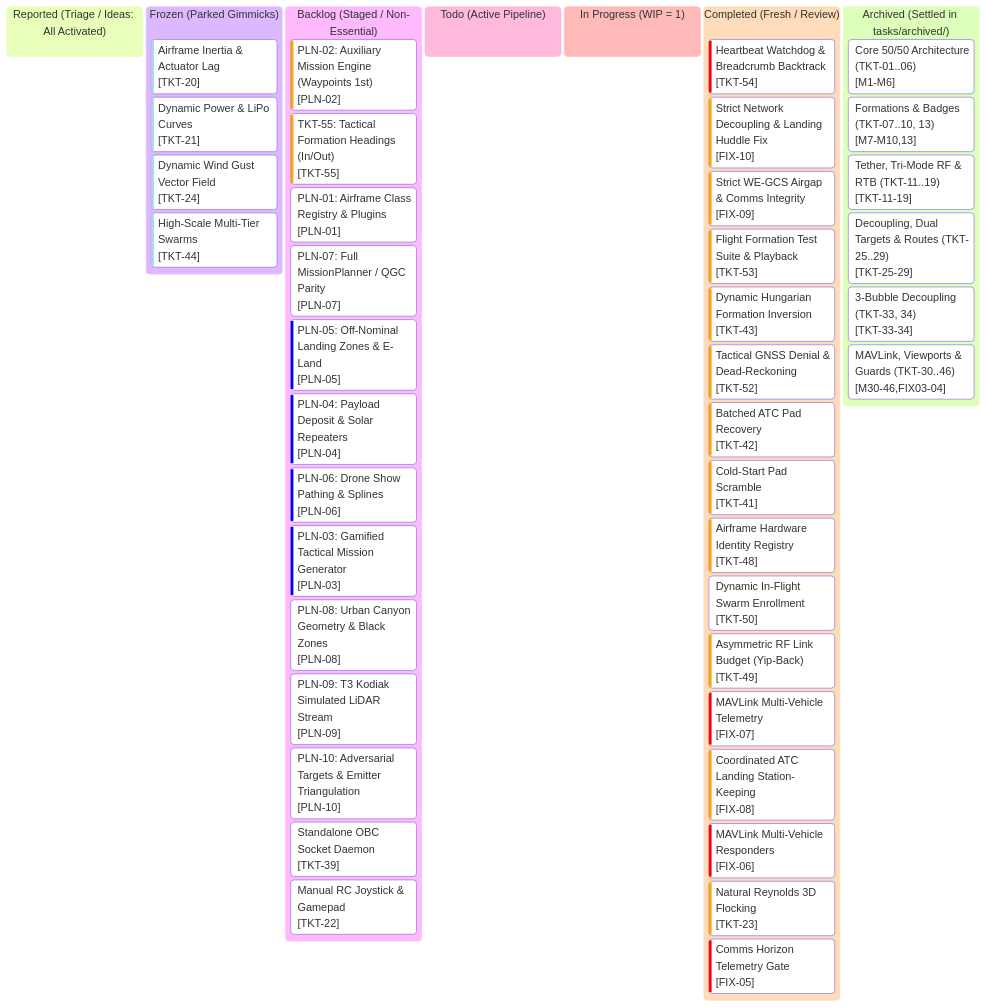
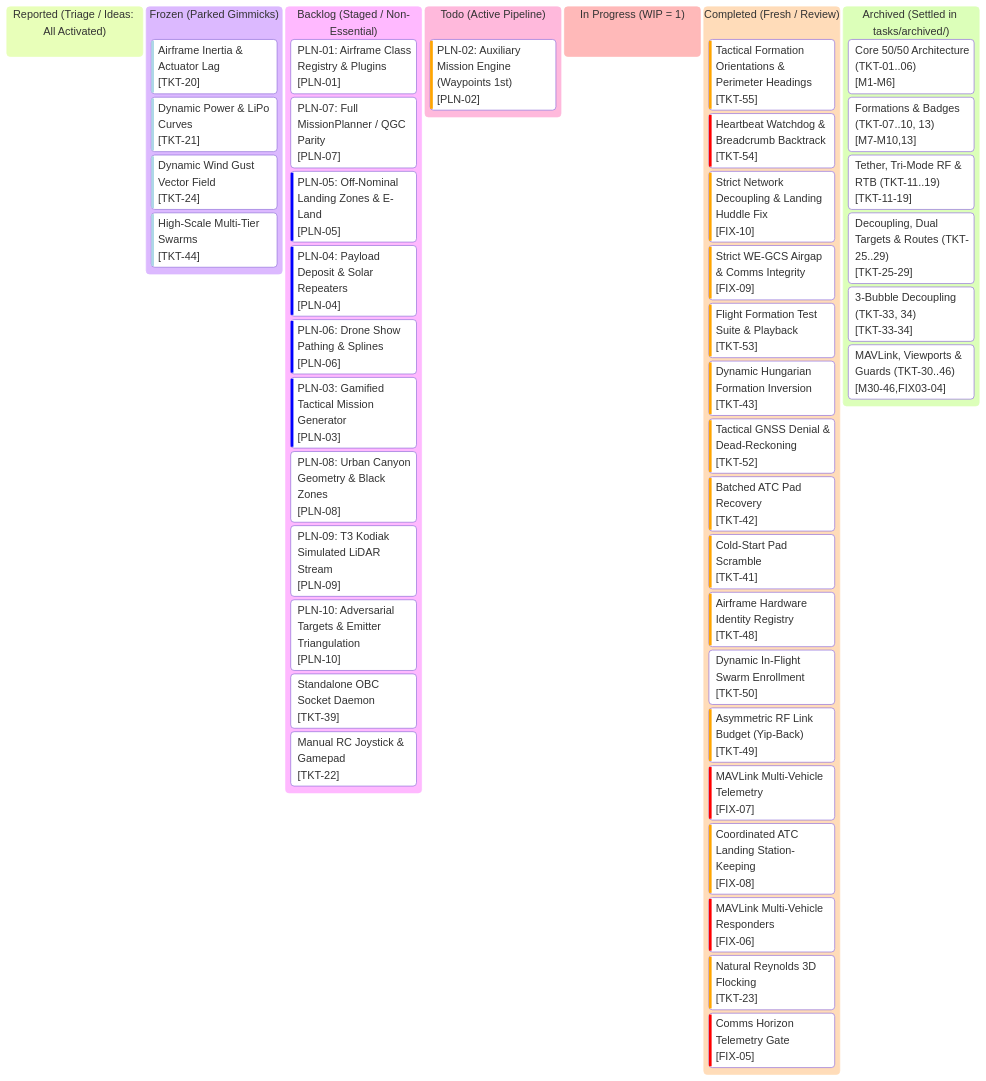
The diagram in kanban.md (AlitheiaDeus/AlitheiaHive), drawn with Mermaid before and after one commit. The commit also changed other lines of this file and 9 other files, not shown here.

First line of the commit message:
feat(tkt-55): implement tactical formation orientations, perimeter headings & yaw slew rate clamps

````diff
--- a/kanban.md
+++ b/kanban.md
@@ -10,70 +10,70 @@
 ```mermaid
 %%{init: {
   'theme': 'base',
   'themeVariables': {
     'primaryColor': '#0d2235',
     'primaryTextColor': '#d4f4ff',
     'primaryBorderColor': '#00f0ff',
     'lineColor': '#00f0ff',
     'background': '#061019',
     'mainBkg': '#0a1926',
     'secondaryColor': '#081420',
     'secondaryTextColor': '#5a7e96',
     'secondaryBorderColor': '#134e6f',
     'tertiaryColor': '#0e263d',
     'tertiaryTextColor': '#00ffaa',
     'tertiaryBorderColor': '#00ffaa',
     'clusterBkg': '#081420',
     'clusterBorder': '#134e6f',
     'fontFamily': "'JetBrains Mono', 'Courier New', monospace"
   }
 }}%%
 kanban
   reported["Reported (Triage / Ideas: All Activated)"]
   frozen["Frozen (Parked Gimmicks)"]
     tkt20["Airframe Inertia & Actuator Lag"]@{ ticket: '[TKT-20]', priority: 'Very Low' }
     tkt21["Dynamic Power & LiPo Curves"]@{ ticket: '[TKT-21]', priority: 'Very Low' }
     tkt24["Dynamic Wind Gust Vector Field"]@{ ticket: '[TKT-24]', priority: 'Very Low' }
     tkt44["High-Scale Multi-Tier Swarms"]@{ ticket: '[TKT-44]', priority: 'Very Low' }
   backlog["Backlog (Staged / Non-Essential)"]
-    pln02["PLN-02: Auxiliary Mission Engine (Waypoints 1st)"]@{ ticket: '[PLN-02]', priority: 'High' }
-    tkt55["TKT-55: Tactical Formation Headings (In/Out)"]@{ ticket: '[TKT-55]', priority: 'High' }
     pln01["PLN-01: Airframe Class Registry & Plugins"]@{ ticket: '[PLN-01]', priority: 'Medium' }
     pln07["PLN-07: Full MissionPlanner / QGC Parity"]@{ ticket: '[PLN-07]', priority: 'Medium' }
     pln05["PLN-05: Off-Nominal Landing Zones & E-Land"]@{ ticket: '[PLN-05]', priority: 'Low' }
     pln04["PLN-04: Payload Deposit & Solar Repeaters"]@{ ticket: '[PLN-04]', priority: 'Low' }
     pln06["PLN-06: Drone Show Pathing & Splines"]@{ ticket: '[PLN-06]', priority: 'Low' }
     pln03["PLN-03: Gamified Tactical Mission Generator"]@{ ticket: '[PLN-03]', priority: 'Low' }
     pln08["PLN-08: Urban Canyon Geometry & Black Zones"]@{ ticket: '[PLN-08]', priority: 'Medium' }
     pln09["PLN-09: T3 Kodiak Simulated LiDAR Stream"]@{ ticket: '[PLN-09]', priority: 'Medium' }
     pln10["PLN-10: Adversarial Targets & Emitter Triangulation"]@{ ticket: '[PLN-10]', priority: 'Medium' }
     tkt39["Standalone OBC Socket Daemon"]@{ ticket: '[TKT-39]', priority: 'Medium' }
     tkt22["Manual RC Joystick & Gamepad"]@{ ticket: '[TKT-22]', priority: 'Medium' }
   todo["Todo (Active Pipeline)"]
+    pln02["PLN-02: Auxiliary Mission Engine (Waypoints 1st)"]@{ ticket: '[PLN-02]', priority: 'High' }
   in_progress["In Progress (WIP = 1)"]
 
   completed["Completed (Fresh / Review)"]
+    tkt55["Tactical Formation Orientations & Perimeter Headings"]@{ ticket: '[TKT-55]', priority: 'High' }
     tkt54["Heartbeat Watchdog & Breadcrumb Backtrack"]@{ ticket: '[TKT-54]', priority: 'Very High' }
     fix10["Strict Network Decoupling & Landing Huddle Fix"]@{ ticket: '[FIX-10]', priority: 'High' }
     fix09["Strict WE-GCS Airgap & Comms Integrity"]@{ ticket: '[FIX-09]', priority: 'High' }
     tkt53["Flight Formation Test Suite & Playback"]@{ ticket: '[TKT-53]', priority: 'High' }
     tkt43["Dynamic Hungarian Formation Inversion"]@{ ticket: '[TKT-43]', priority: 'High' }
     tkt52["Tactical GNSS Denial & Dead-Reckoning"]@{ ticket: '[TKT-52]', priority: 'High' }
     tkt42["Batched ATC Pad Recovery"]@{ ticket: '[TKT-42]', priority: 'High' }
     tkt41["Cold-Start Pad Scramble"]@{ ticket: '[TKT-41]', priority: 'High' }
     tkt48["Airframe Hardware Identity Registry"]@{ ticket: '[TKT-48]', priority: 'High' }
     tkt50["Dynamic In-Flight Swarm Enrollment"]@{ ticket: '[TKT-50]', priority: 'Medium' }
     tkt49["Asymmetric RF Link Budget (Yip-Back)"]@{ ticket: '[TKT-49]', priority: 'High' }
     fix07["MAVLink Multi-Vehicle Telemetry"]@{ ticket: '[FIX-07]', priority: 'Very High' }
     fix08["Coordinated ATC Landing Station-Keeping"]@{ ticket: '[FIX-08]', priority: 'High' }
     fix06["MAVLink Multi-Vehicle Responders"]@{ ticket: '[FIX-06]', priority: 'Very High' }
     tkt23["Natural Reynolds 3D Flocking"]@{ ticket: '[TKT-23]', priority: 'High' }
     fix05["Comms Horizon Telemetry Gate"]@{ ticket: '[FIX-05]', priority: 'Very High' }
   archived["Archived (Settled in tasks/archived/)"]
     arch_m1_6["Core 50/50 Architecture (TKT-01..06)"]@{ ticket: '[M1-M6]' }
     arch_m7_10_13["Formations & Badges (TKT-07..10, 13)"]@{ ticket: '[M7-M10,13]' }
     arch_m11_19["Tether, Tri-Mode RF & RTB (TKT-11..19)"]@{ ticket: '[TKT-11-19]' }
     arch_m25_29["Decoupling, Dual Targets & Routes (TKT-25..29)"]@{ ticket: '[TKT-25-29]' }
     arch_m33_34["3-Bubble Decoupling (TKT-33, 34)"]@{ ticket: '[TKT-33-34]' }
     arch_m30_46["MAVLink, Viewports & Guards (TKT-30..46)"]@{ ticket: '[M30-46,FIX03-04]' }
 ```
````
